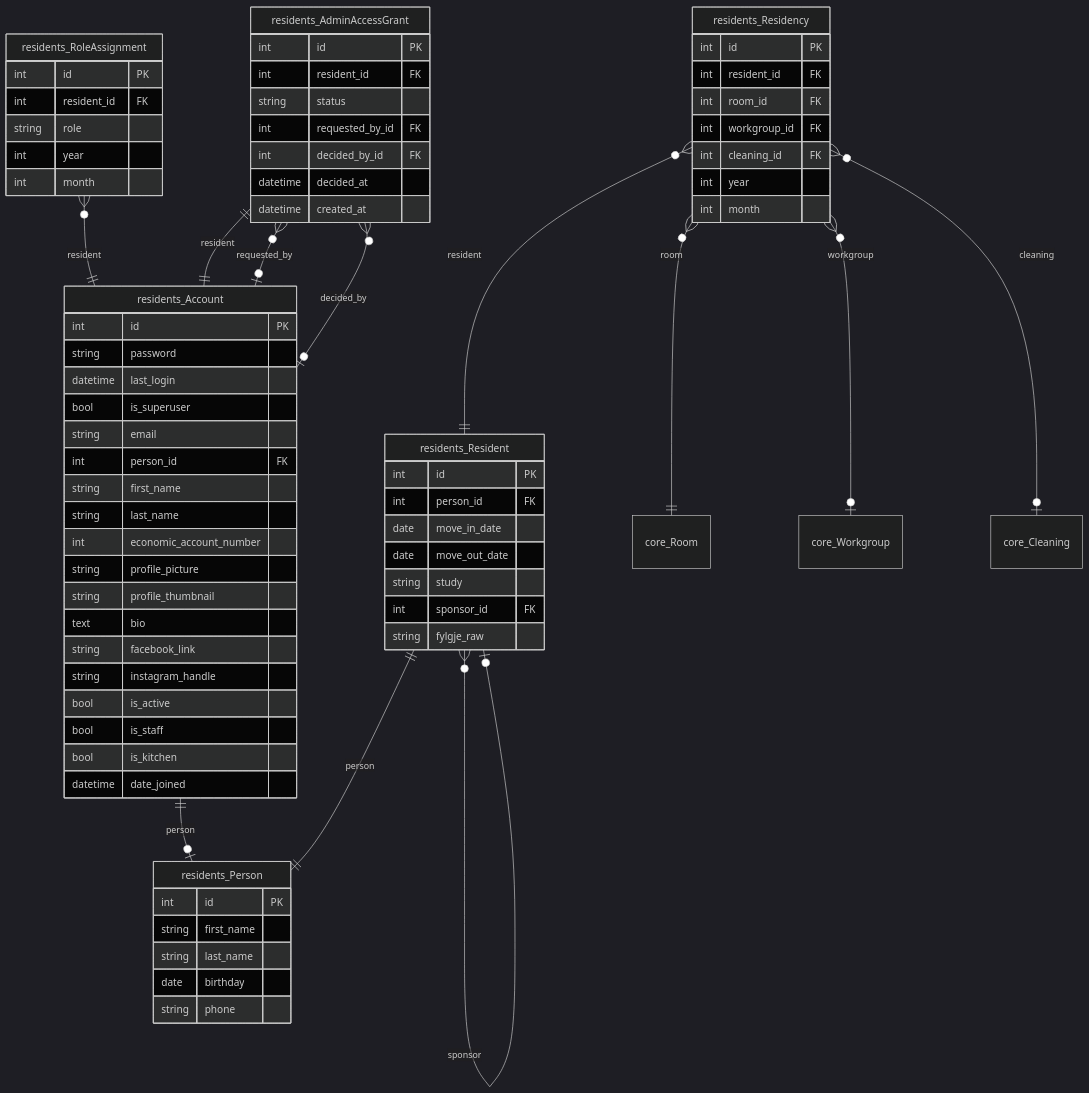
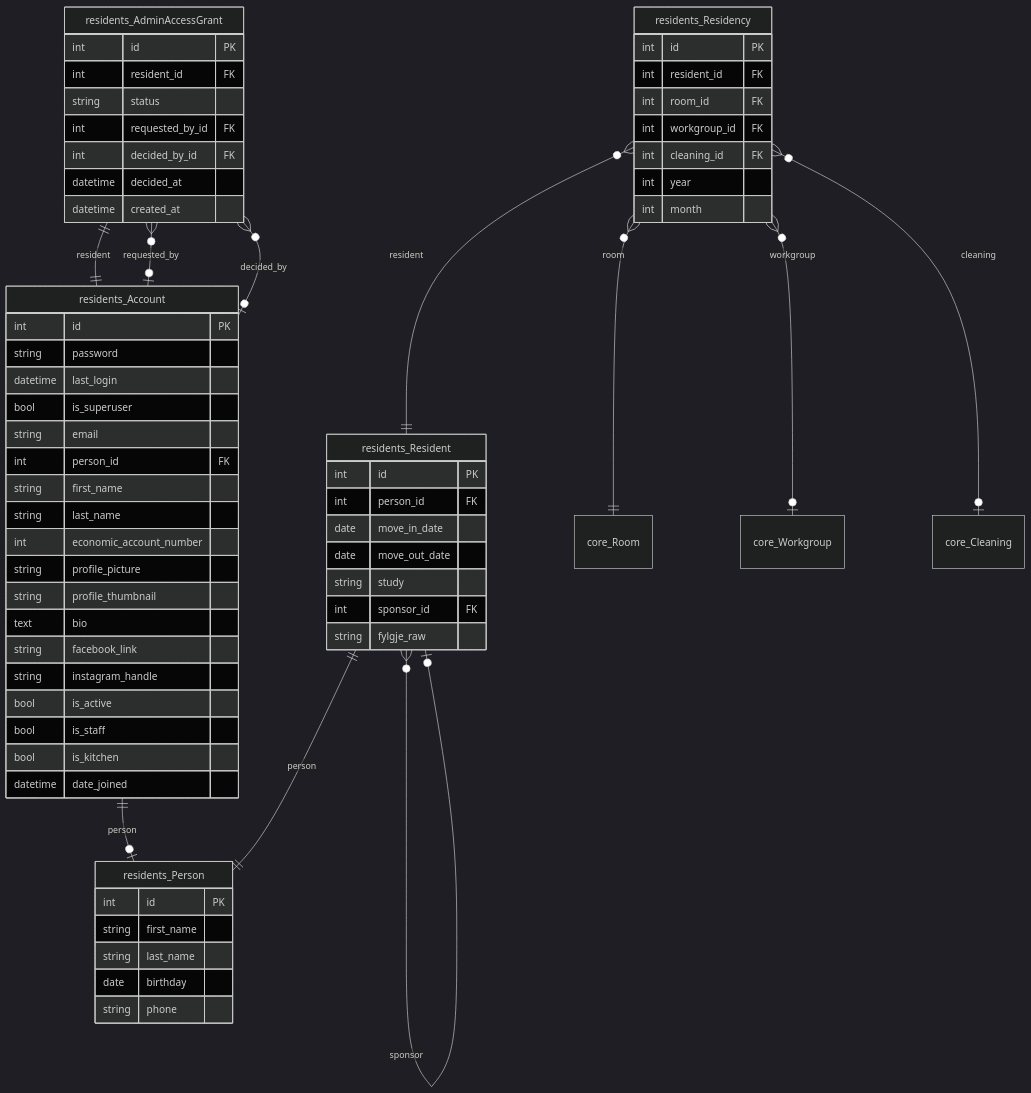
Diagram 17 of 19 in docs/erd.md (GAHK-org/gahk_intern), drawn with Mermaid (dark theme) before and after one commit. The commit also changed other lines of this file and 50 other files, not shown here.

```diff
--- a/docs/erd.md
+++ b/docs/erd.md
@@ -2320,14 +2340,6 @@
         int month
     }
 
-    residents_RoleAssignment {
-        int id PK
-        int resident_id FK
-        string role
-        int year
-        int month
-    }
-
     residents_AdminAccessGrant {
         int id PK
         int resident_id FK
@@ -2351,7 +2363,6 @@
     residents_Residency }o--|| core_Room : "room"
     residents_Residency }o--|o core_Workgroup : "workgroup"
     residents_Residency }o--|o core_Cleaning : "cleaning"
-    residents_RoleAssignment }o--|| residents_Account : "resident"
     residents_AdminAccessGrant ||--|| residents_Account : "resident"
     residents_AdminAccessGrant }o--|o residents_Account : "requested_by"
     residents_AdminAccessGrant }o--|o residents_Account : "decided_by"
```
